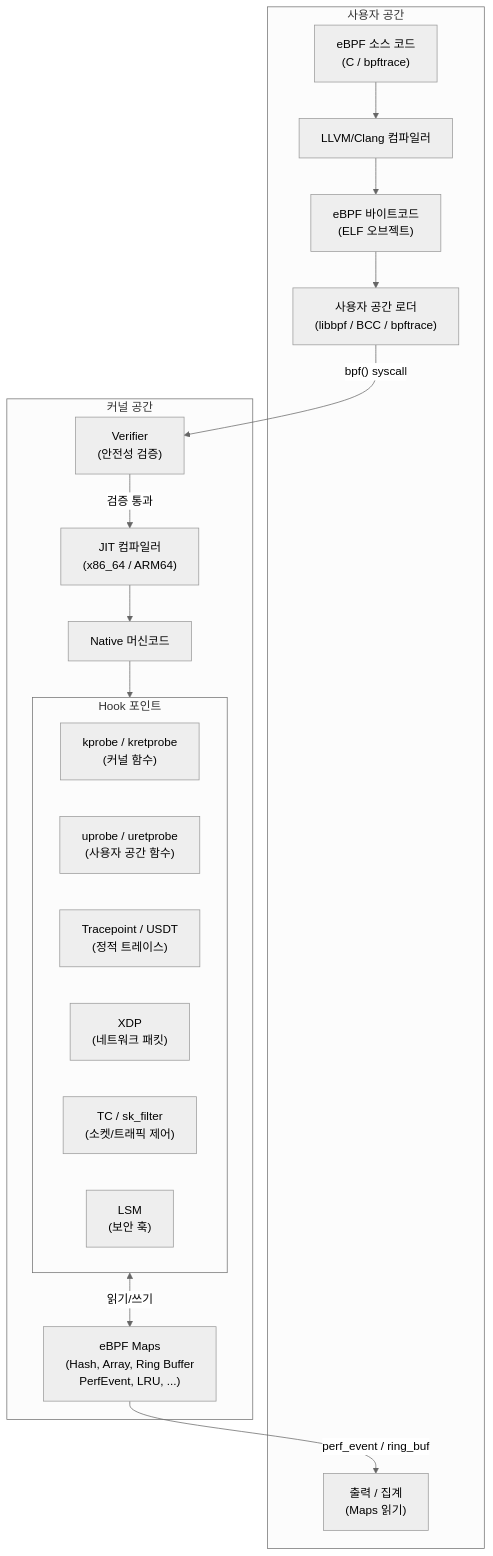
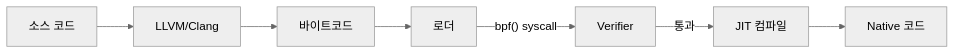
One commit to moonblueblue/devops-wiki changed the first of 6 diagrams in content/linux/performance/ebpf-performance.md. Above: the diagram before and after it, drawn with Mermaid (neutral theme). The commit also changed other lines of this file and 12 other files, not shown here.

First line of the commit message:
style: linux 섹션 전체 ASCII art 제거 및 Mermaid 규칙 적용

````diff
--- a/content/linux/performance/ebpf-performance.md
+++ b/content/linux/performance/ebpf-performance.md
@@ -33,34 +35,9 @@
 ```mermaid
-flowchart TD
-    subgraph UserSpace["사용자 공간"]
-        A["eBPF 소스 코드\n(C / bpftrace)"]
-        B["LLVM/Clang 컴파일러"]
-        C["eBPF 바이트코드\n(ELF 오브젝트)"]
-        L["사용자 공간 로더\n(libbpf / BCC / bpftrace)"]
-        O["출력 / 집계\n(Maps 읽기)"]
-    end
-
-    subgraph KernelSpace["커널 공간"]
-        D["Verifier\n(안전성 검증)"]
-        E["JIT 컴파일러\n(x86_64 / ARM64)"]
-        F["Native 머신코드"]
-
-        subgraph Hooks["Hook 포인트"]
-            G["kprobe / kretprobe\n(커널 함수)"]
-            H["uprobe / uretprobe\n(사용자 공간 함수)"]
-            I["Tracepoint / USDT\n(정적 트레이스)"]
-            J["XDP\n(네트워크 패킷)"]
-            K["TC / sk_filter\n(소켓/트래픽 제어)"]
-            M["LSM\n(보안 훅)"]
-        end
-
-        N["eBPF Maps\n(Hash, Array, Ring Buffer\nPerfEvent, LRU, ...)"]
-    end
-
-    A --> B --> C --> L
-    L -->|"bpf() syscall"| D
-    D -->|"검증 통과"| E --> F
-    F --> Hooks
-    Hooks <-->|"읽기/쓰기"| N
-    N -->|"perf_event / ring_buf"| O
+flowchart LR
+    A["소스 코드"] --> B["LLVM/Clang"]
+    B --> C["바이트코드"]
+    C --> L["로더"]
+    L -->|"bpf() syscall"| D["Verifier"]
+    D -->|"통과"| E["JIT 컴파일"]
+    E --> F["Native 코드"]
 ```
````
